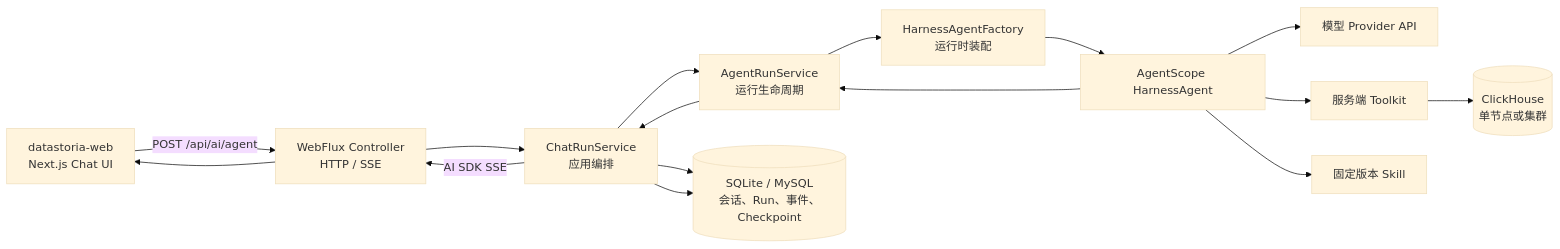
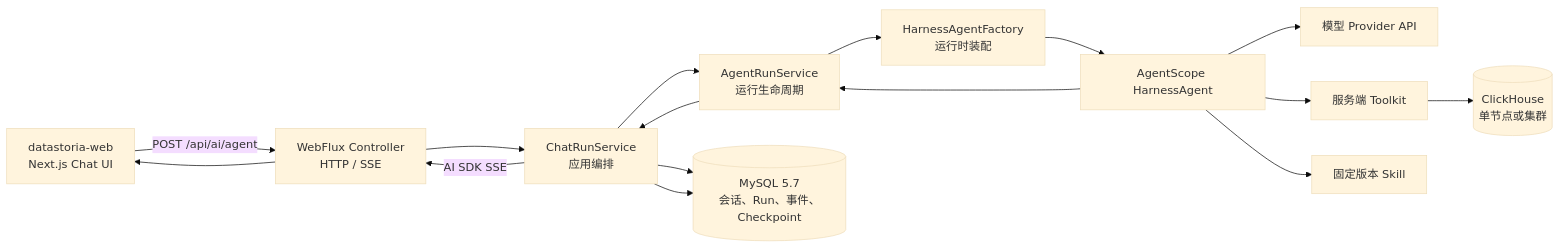
The first of 5 diagrams in docs/architecture/agent-runtime.md (CCweixiao/datastoria-server), drawn with Mermaid (base theme) before and after one commit. The commit also changed other lines of this file and 177 other files, not shown here.

````diff
--- a/docs/architecture/agent-runtime.md
+++ b/docs/architecture/agent-runtime.md
@@ -24,30 +24,30 @@
 ```mermaid
 flowchart LR
     UI["datastoria-web<br/>Next.js Chat UI"]
     API["WebFlux Controller<br/>HTTP / SSE"]
     APP["ChatRunService<br/>应用编排"]
     RUN["AgentRunService<br/>运行生命周期"]
     FACTORY["HarnessAgentFactory<br/>运行时装配"]
     AS["AgentScope HarnessAgent"]
     MODEL["模型 Provider API"]
     TOOL["服务端 Toolkit"]
     SKILL["固定版本 Skill"]
-    DB[("SQLite / MySQL<br/>会话、Run、事件、Checkpoint")]
+    DB[("MySQL 5.7<br/>会话、Run、事件、Checkpoint")]
     CK[("ClickHouse<br/>单节点或集群")]
 
     UI -->|"POST /api/ai/agent"| API
     API --> APP
     APP --> DB
     APP --> RUN
     RUN --> FACTORY
     FACTORY --> AS
     AS --> MODEL
     AS --> TOOL
     AS --> SKILL
     TOOL --> CK
     AS --> RUN
     RUN --> APP
     APP --> DB
     APP -->|"AI SDK SSE"| API
     API --> UI
 ```
````
